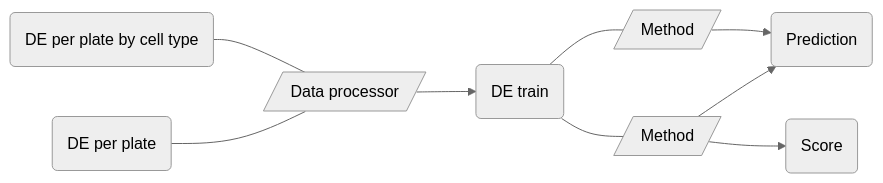
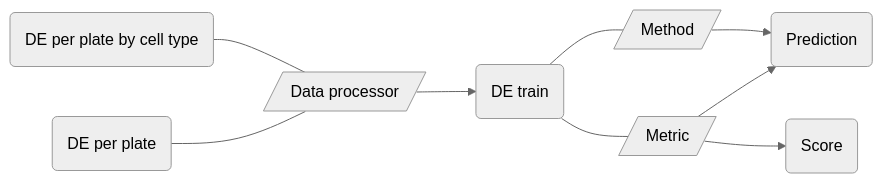
Before and after one commit to openproblems-bio/task_perturbation_prediction: the diagram in README.md, drawn with Mermaid (neutral theme). The commit also changed other lines of this file and 1 other file, not shown here.

````diff
--- a/README.md
+++ b/README.md
@@ -26,19 +26,19 @@
 ``` mermaid
 flowchart LR
   file_de_per_plate_by_celltype("DE per plate by cell type")
   comp_process_dataset[/"Data processor"/]
   file_de_train("DE train")
   comp_method[/"Method"/]
-  comp_metric[/"Method"/]
+  comp_metric[/"Metric"/]
   file_prediction("Prediction")
   file_score("Score")
   file_de_per_plate("DE per plate")
   file_de_per_plate_by_celltype---comp_process_dataset
   comp_process_dataset-->file_de_train
   file_de_train---comp_method
   file_de_train---comp_metric
   comp_method-->file_prediction
   comp_metric-->file_prediction
   comp_metric-->file_score
   file_de_per_plate---comp_process_dataset
 ```
````
